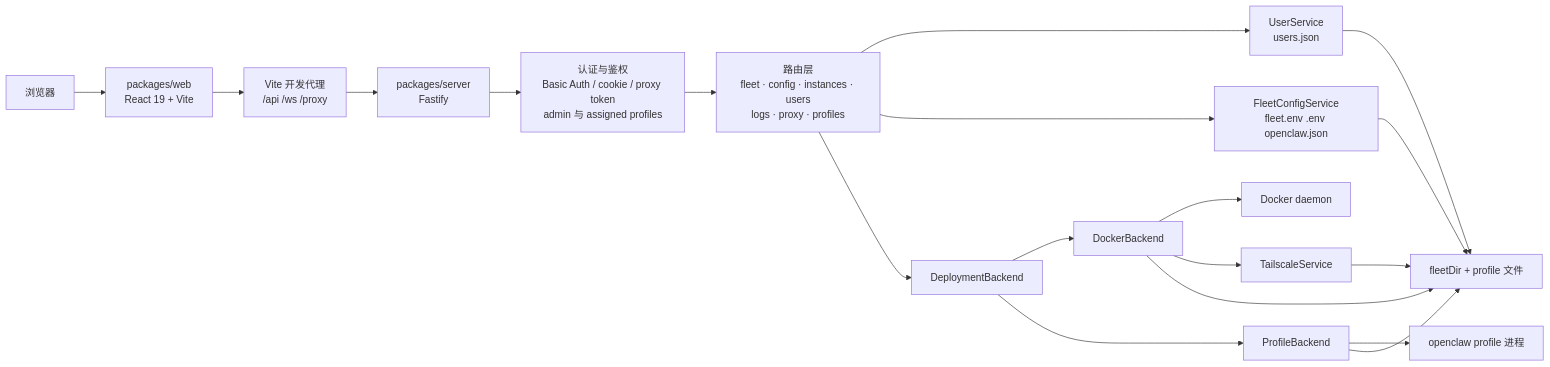
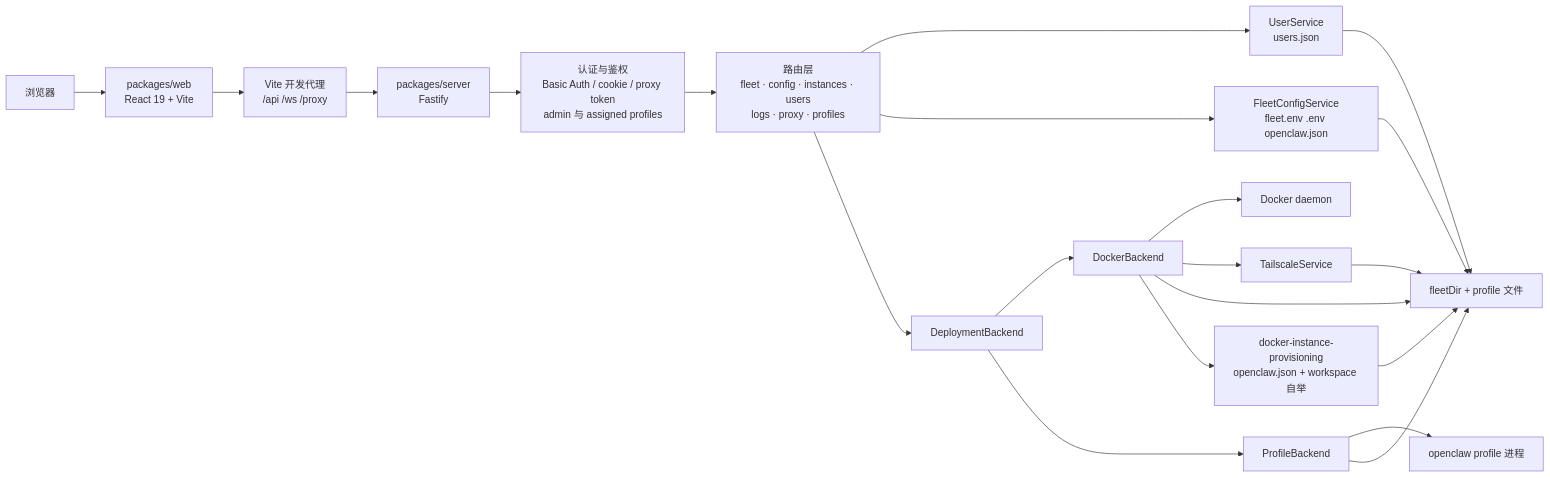
One commit to qiyuangong/claw-fleet-manager changed the diagram in docs/arch/README_CN.md. Above: the diagram before and after it, drawn with Mermaid. The commit also changed other lines of this file and 25 other files, not shown here.

````diff
--- a/docs/arch/README_CN.md
+++ b/docs/arch/README_CN.md
@@ -19,37 +19,40 @@
 ```mermaid
 flowchart LR
     Browser["浏览器"]
     Web["packages/web<br/>React 19 + Vite"]
     Vite["Vite 开发代理<br/>/api /ws /proxy"]
     Server["packages/server<br/>Fastify"]
     Auth["认证与鉴权<br/>Basic Auth / cookie / proxy token<br/>admin 与 assigned profiles"]
     Routes["路由层<br/>fleet · config · instances · users<br/>logs · proxy · profiles"]
     Backend["DeploymentBackend"]
     DockerBackend["DockerBackend"]
     ProfileBackend["ProfileBackend"]
     UserSvc["UserService<br/>users.json"]
     FleetCfg["FleetConfigService<br/>fleet.env .env openclaw.json"]
+    Provision["docker-instance-provisioning<br/>openclaw.json + workspace 自举"]
     Tail["TailscaleService"]
     Docker["Docker daemon"]
     OpenClaw["openclaw profile 进程"]
     Files["fleetDir + profile 文件"]
 
     Browser --> Web
     Web --> Vite
     Vite --> Server
     Server --> Auth
     Auth --> Routes
     Routes --> UserSvc
     Routes --> FleetCfg
     Routes --> Backend
     Backend --> DockerBackend
     Backend --> ProfileBackend
     DockerBackend --> Docker
     DockerBackend --> Tail
     DockerBackend --> Files
+    DockerBackend --> Provision
+    Provision --> Files
     ProfileBackend --> OpenClaw
     ProfileBackend --> Files
     UserSvc --> Files
     FleetCfg --> Files
     Tail --> Files
 ```
````
